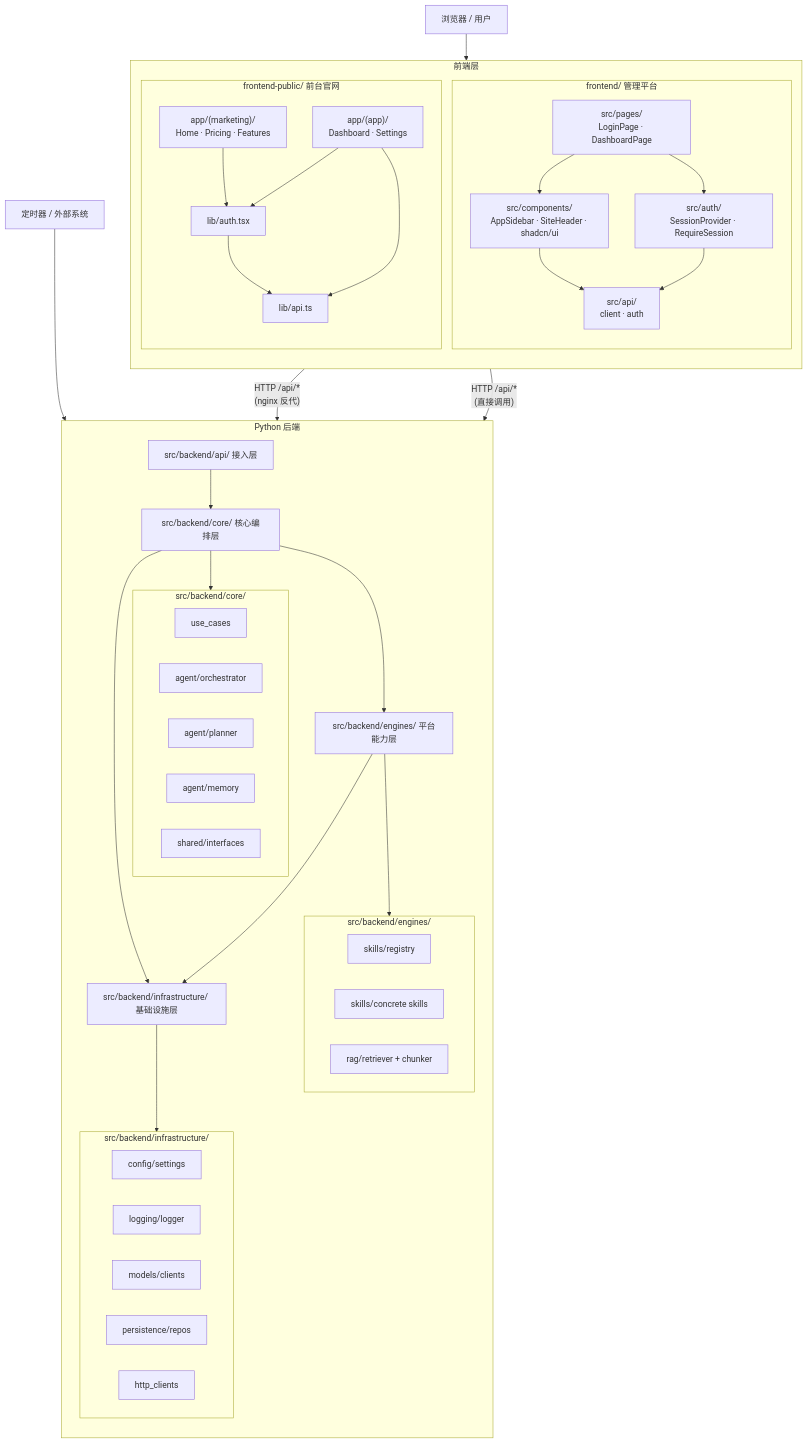
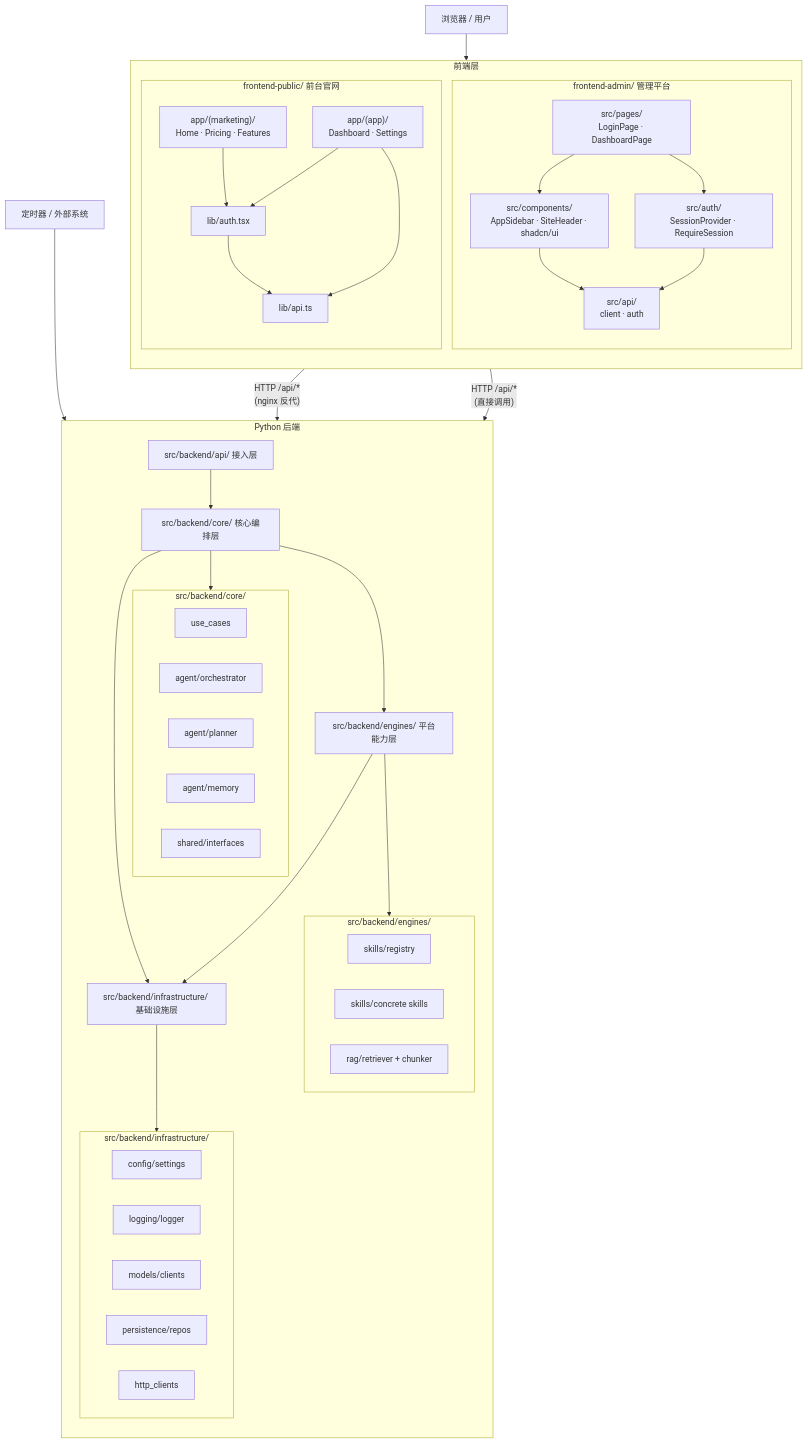
The diagram in docs/architecture/system-design.md (zata-zhangtao/zata-codes-template), drawn with Mermaid before and after one commit. The commit also changed other lines of this file and 289 other files, not shown here.

First line of the commit message:
refactor(repo): rename frontend/ to frontend-admin/

````diff
--- a/docs/architecture/system-design.md
+++ b/docs/architecture/system-design.md
@@ -51,73 +51,73 @@
 ```mermaid
 flowchart TD
     Browser["浏览器 / 用户"] --> FE
 
     subgraph FE["前端层"]
         direction TB
-        subgraph FE_ADMIN["frontend/ 管理平台"]
+        subgraph FE_ADMIN["frontend-admin/ 管理平台"]
             FE_ADMIN_PAGES["src/pages/\nLoginPage · DashboardPage"]
             FE_ADMIN_LAYOUT["src/components/\nAppSidebar · SiteHeader · shadcn/ui"]
             FE_ADMIN_AUTH["src/auth/\nSessionProvider · RequireSession"]
             FE_ADMIN_API["src/api/\nclient · auth"]
             FE_ADMIN_PAGES --> FE_ADMIN_LAYOUT
             FE_ADMIN_PAGES --> FE_ADMIN_AUTH
             FE_ADMIN_AUTH --> FE_ADMIN_API
             FE_ADMIN_LAYOUT --> FE_ADMIN_API
         end
 
         subgraph FE_PUBLIC["frontend-public/ 前台官网"]
             FE_PUBLIC_MARKETING["app/(marketing)/\nHome · Pricing · Features"]
             FE_PUBLIC_APP["app/(app)/\nDashboard · Settings"]
             FE_PUBLIC_AUTH["lib/auth.tsx"]
             FE_PUBLIC_API["lib/api.ts"]
             FE_PUBLIC_MARKETING --> FE_PUBLIC_AUTH
             FE_PUBLIC_APP --> FE_PUBLIC_AUTH
             FE_PUBLIC_APP --> FE_PUBLIC_API
             FE_PUBLIC_AUTH --> FE_PUBLIC_API
         end
     end
 
     FE_ADMIN_API -->|"HTTP /api/*\n(nginx 反代)"| Apps
     FE_PUBLIC_API -->|"HTTP /api/*\n(直接调用)"| Apps
 
     subgraph Backend["Python 后端"]
         direction TB
         Apps["src/backend/api/ 接入层"]
         Core["src/backend/core/ 核心编排层"]
         Platform["src/backend/engines/ 平台能力层"]
         Infra["src/backend/infrastructure/ 基础设施层"]
 
         Apps --> Core
         Core --> Platform
         Core --> Infra
         Platform --> Infra
 
         subgraph CoreDetails["src/backend/core/"]
             UC["use_cases"]
             ORCH["agent/orchestrator"]
             PLAN["agent/planner"]
             MEM["agent/memory"]
             IFACE["shared/interfaces"]
         end
 
         subgraph PlatformDetails["src/backend/engines/"]
             REG["skills/registry"]
             SKILL["skills/concrete skills"]
             RAG["rag/retriever + chunker"]
         end
 
         subgraph InfraDetails["src/backend/infrastructure/"]
             CFG["config/settings"]
             LOG["logging/logger"]
             LLM["models/clients"]
             DB["persistence/repos"]
             HTTP["http_clients"]
         end
 
         Core --> CoreDetails
         Platform --> PlatformDetails
         Infra --> InfraDetails
     end
 
     Timer["定时器 / 外部系统"] --> Apps
 ```
````
